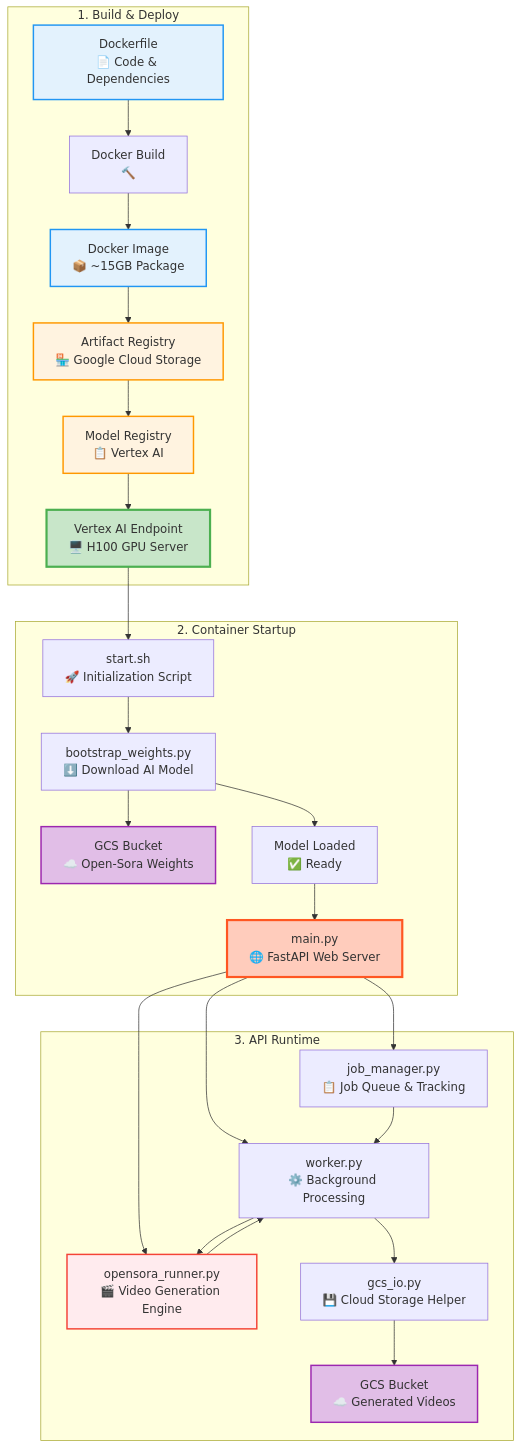
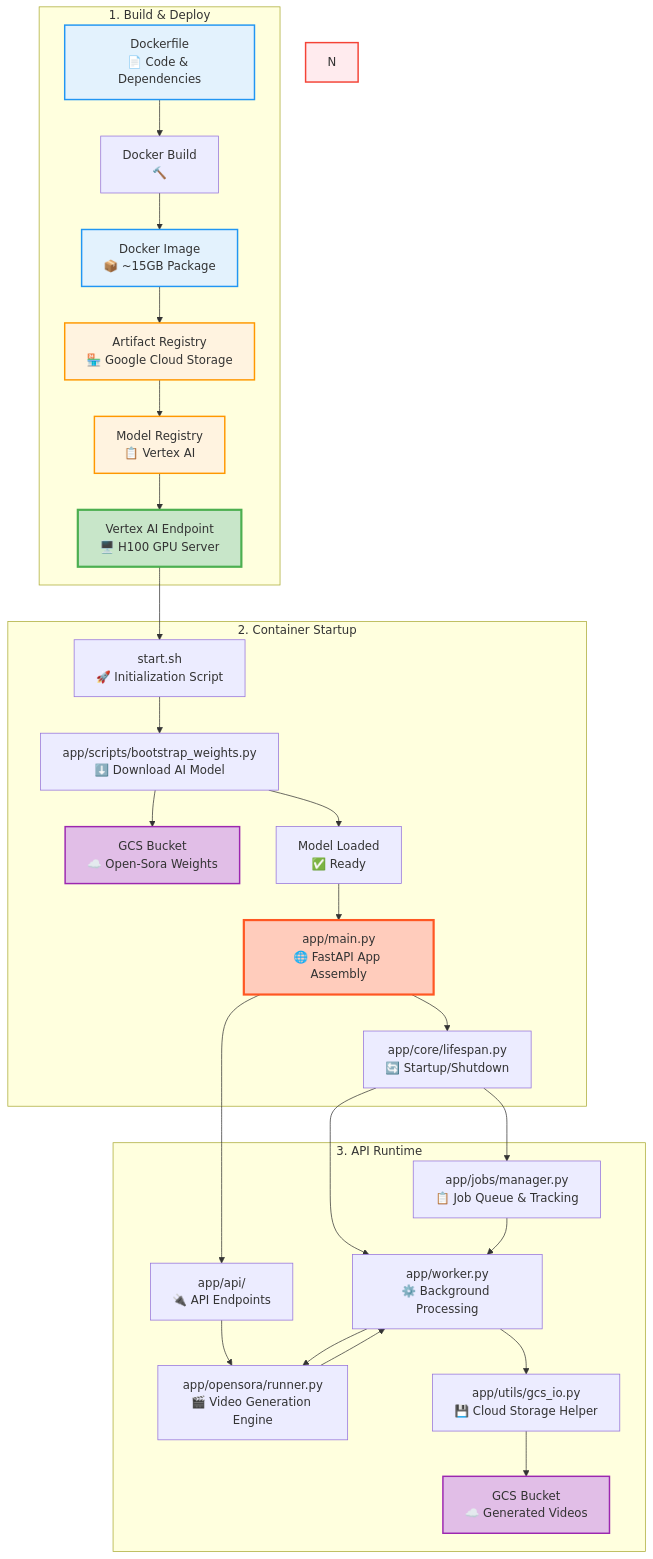
Before and after one commit to Raghav-56/open-sora-serving-gcp: the diagram in docs/markdown/index.md, drawn with Mermaid. The commit also changed 37 other files, not shown here.

First line of the commit message:
feat: Architecture change

````diff
--- a/docs/markdown/index.md
+++ b/docs/markdown/index.md
@@ -28,40 +28,42 @@
 ```mermaid
 graph TB
     subgraph "1. Build & Deploy"
         A[Dockerfile<br/>📄 Code & Dependencies] --> B[Docker Build<br/>🔨]
         B --> C[Docker Image<br/>📦 ~15GB Package]
         C --> D[Artifact Registry<br/>🏪 Google Cloud Storage]
         D --> E[Model Registry<br/>📋 Vertex AI]
         E --> F[Vertex AI Endpoint<br/>🖥️ H100 GPU Server]
     end
     
     subgraph "2. Container Startup"
         F --> G[start.sh<br/>🚀 Initialization Script]
-        G --> H[bootstrap_weights.py<br/>⬇️ Download AI Model]
+        G --> H[app/scripts/bootstrap_weights.py<br/>⬇️ Download AI Model]
         H --> I[GCS Bucket<br/>☁️ Open-Sora Weights]
         H --> J[Model Loaded<br/>✅ Ready]
-        J --> K[main.py<br/>🌐 FastAPI Web Server]
+        J --> K[app/main.py<br/>🌐 FastAPI App Assembly]
+        K --> K1[app/core/lifespan.py<br/>🔄 Startup/Shutdown]
     end
     
     subgraph "3. API Runtime"
-        K --> L[job_manager.py<br/>📋 Job Queue & Tracking]
-        K --> M[worker.py<br/>⚙️ Background Processing]
-        K --> N[opensora_runner.py<br/>🎬 Video Generation Engine]
+        K1 --> L[app/jobs/manager.py<br/>📋 Job Queue & Tracking]
+        K1 --> M[app/worker.py<br/>⚙️ Background Processing]
+        K --> N1[app/api/<br/>🔌 API Endpoints]
+        N1 --> N2[app/opensora/runner.py<br/>🎬 Video Generation Engine]
         
-        M --> N
-        M --> O[gcs_io.py<br/>💾 Cloud Storage Helper]
+        M --> N2
+        M --> O[app/utils/gcs_io.py<br/>💾 Cloud Storage Helper]
         O --> P[GCS Bucket<br/>☁️ Generated Videos]
-        N --> M
+        N2 --> M
         L --> M
     end
     
     style A fill:#e3f2fd,stroke:#2196f3,stroke-width:2px
     style C fill:#e3f2fd,stroke:#2196f3,stroke-width:2px
     style D fill:#fff3e0,stroke:#ff9800,stroke-width:2px
     style E fill:#fff3e0,stroke:#ff9800,stroke-width:2px
     style F fill:#c8e6c9,stroke:#4caf50,stroke-width:3px
     style I fill:#e1bee7,stroke:#9c27b0,stroke-width:2px
     style K fill:#ffccbc,stroke:#ff5722,stroke-width:3px
     style N fill:#ffebee,stroke:#f44336,stroke-width:2px
     style P fill:#e1bee7,stroke:#9c27b0,stroke-width:2px
 ```
````
